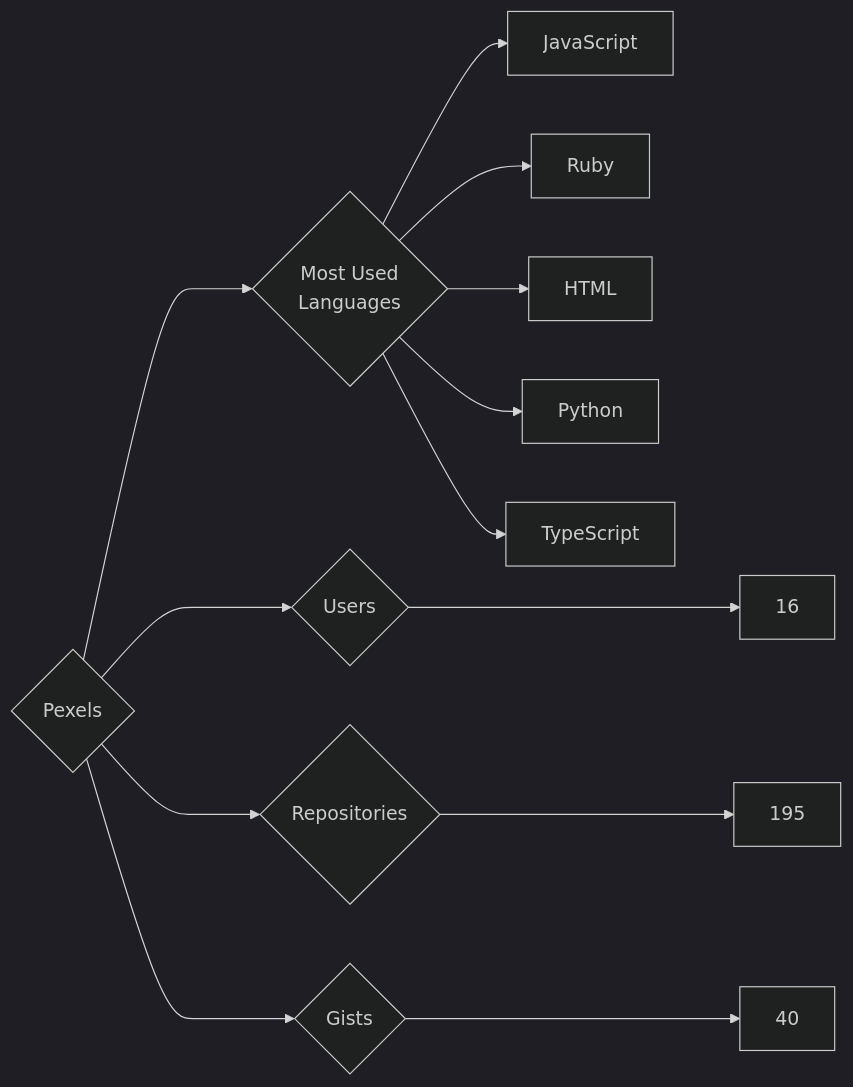
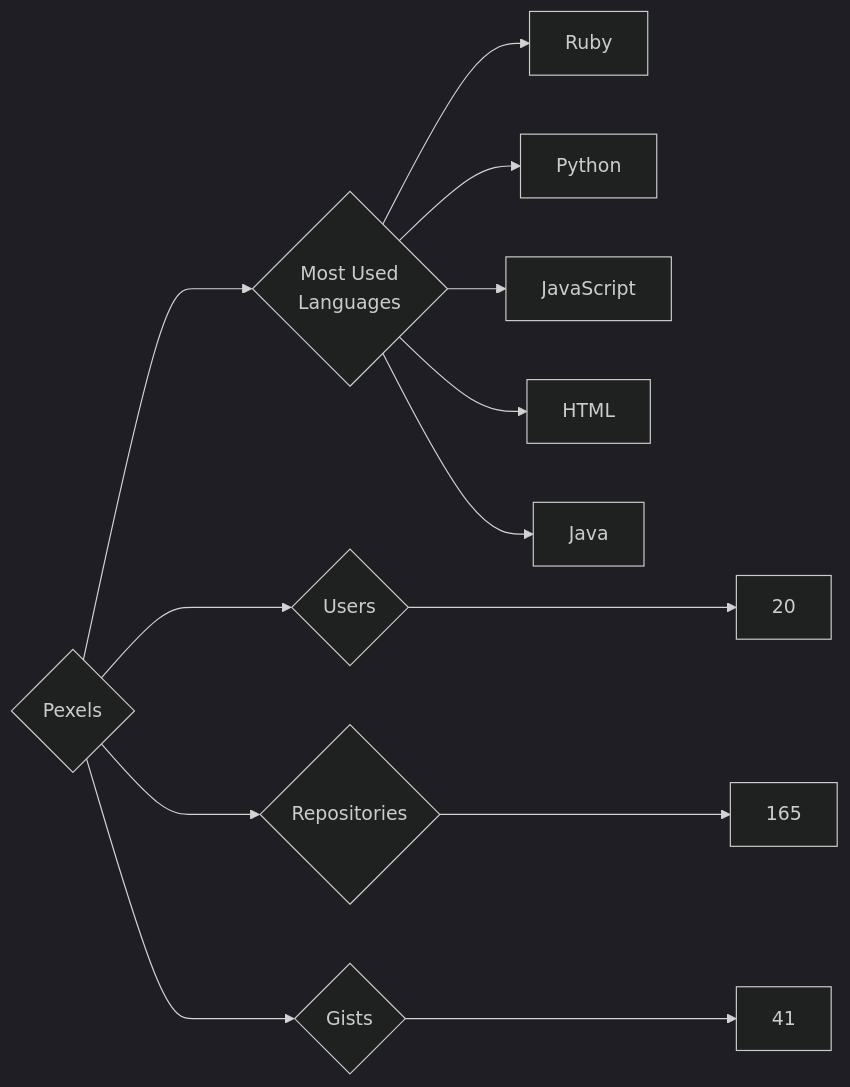
One commit to trickest/insiders changed the diagram in targets/Pexels/README.md. Above: the diagram before and after it, drawn with Mermaid (dark theme). The commit also changed 1479 other files, not shown here.

````diff
--- a/targets/Pexels/README.md
+++ b/targets/Pexels/README.md
@@ -3,13 +3,13 @@
 ```mermaid
 graph LR
 COMPANY_NAME{Pexels}
-COMPANY_NAME ---> U{Users} ---> UN[16]
-COMPANY_NAME ---> R{Repositories} ---> RN[195]
-COMPANY_NAME ---> G{Gists} ---> GN[40]
+COMPANY_NAME ---> U{Users} ---> UN[20]
+COMPANY_NAME ---> R{Repositories} ---> RN[165]
+COMPANY_NAME ---> G{Gists} ---> GN[41]
 COMPANY_NAME ---> ML{Most Used<br>Languages}
+ML --> Ruby[Ruby]
+ML --> Python[Python]
 ML --> JavaScript[JavaScript]
-ML --> Ruby[Ruby]
 ML --> HTML[HTML]
-ML --> Python[Python]
-ML --> TypeScript[TypeScript]
+ML --> Java[Java]
 ```
````
